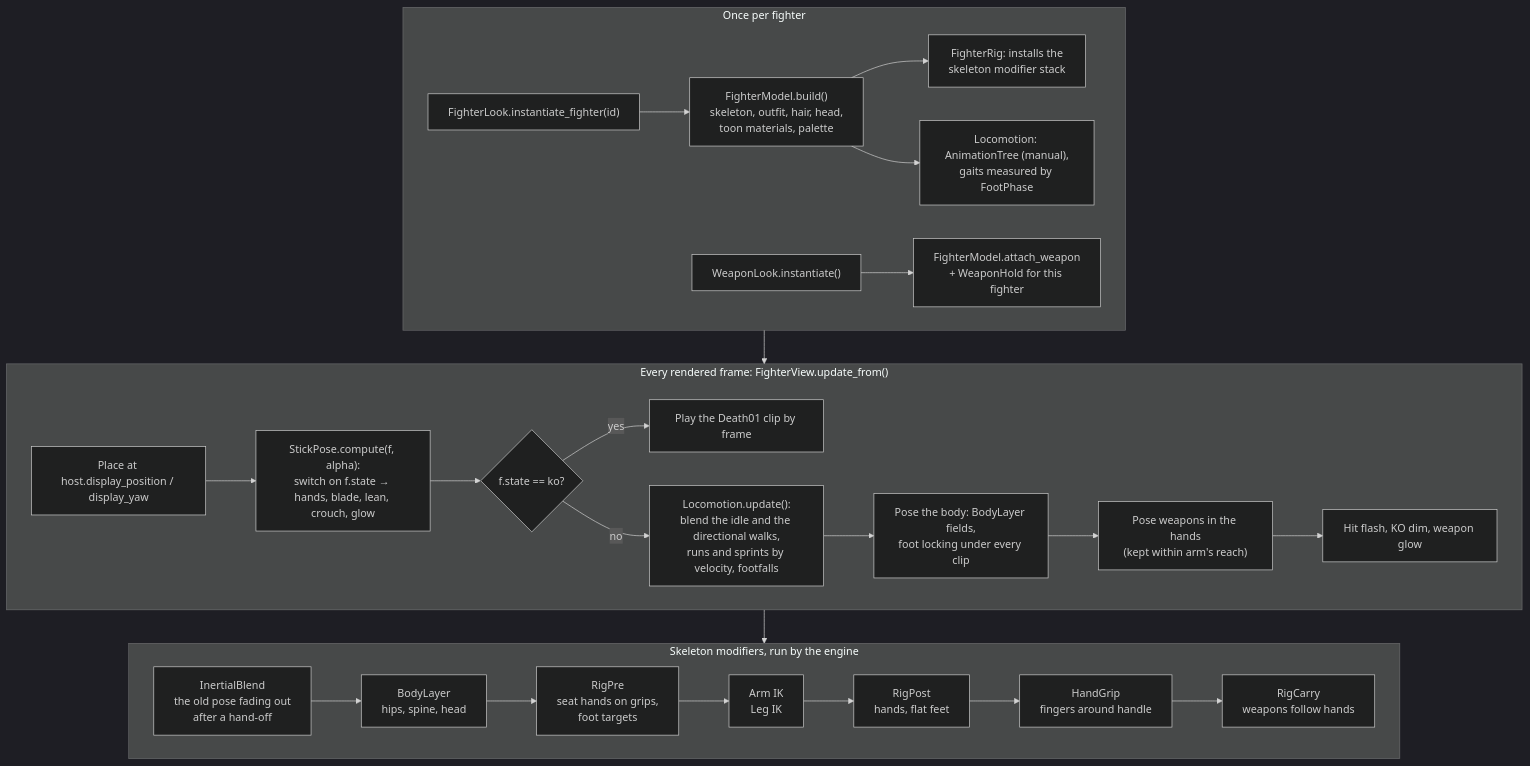
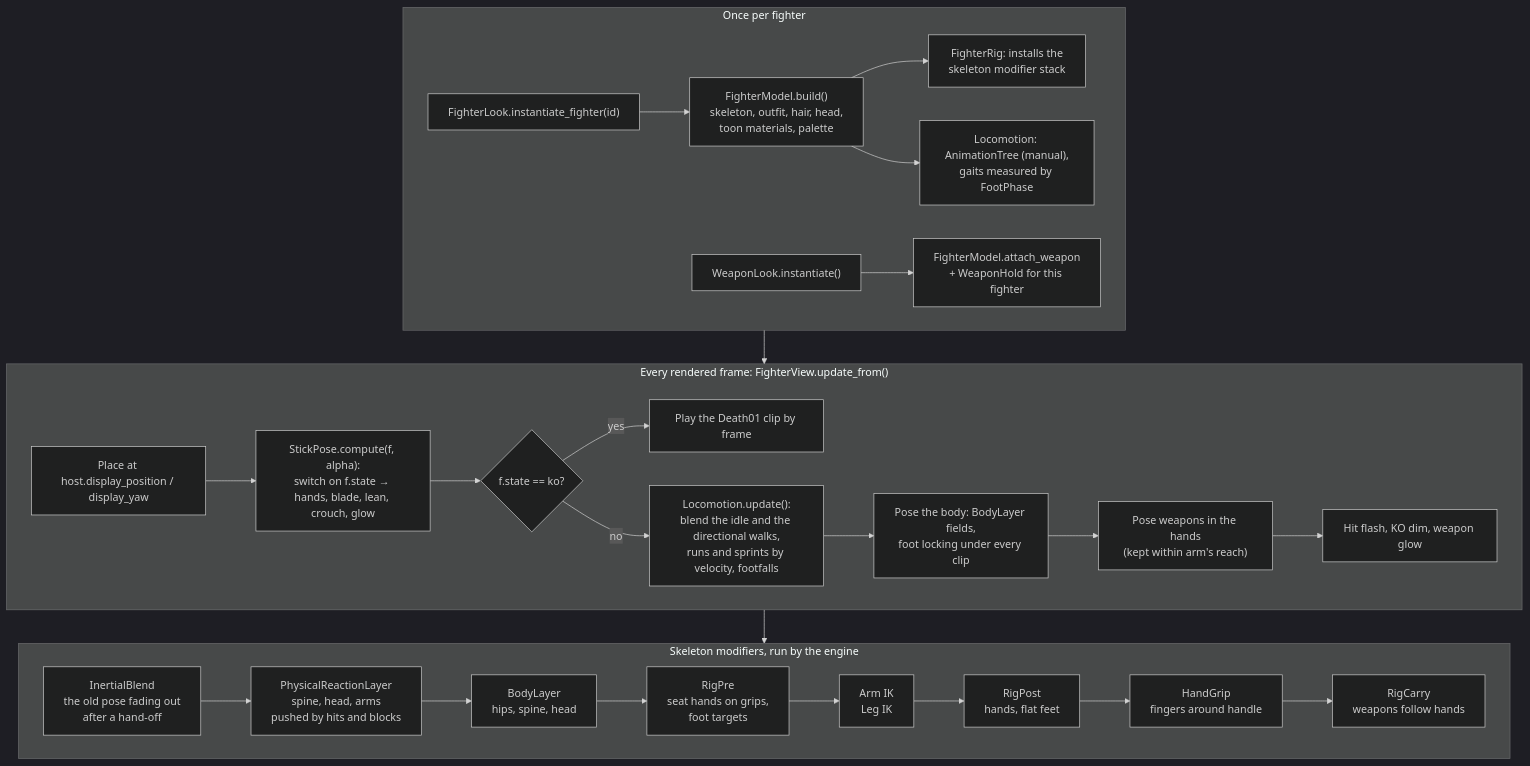
One commit to Arod231/monomachia changed diagram 13 of 22 in docs/architecture.md. Above: the diagram before and after it, drawn with Mermaid (dark theme). The commit also changed other lines of this file and 17 other files, not shown here.

First line of the commit message:
Add the physical reaction layer (milestone-1 task 70)

````diff
--- a/docs/architecture.md
+++ b/docs/architecture.md
@@ -696,32 +696,33 @@
 ```mermaid
 flowchart TD
     subgraph BUILD["Once per fighter"]
         FL["FighterLook.instantiate_fighter(id)"] --> FM["FighterModel.build()<br/>skeleton, outfit, hair, head,<br/>toon materials, palette"]
         FM --> RIG["FighterRig: installs the<br/>skeleton modifier stack"]
         FM --> LOCO["Locomotion: AnimationTree (manual),<br/>gaits measured by FootPhase"]
         WL["WeaponLook.instantiate()"] --> HOLD["FighterModel.attach_weapon<br/>+ WeaponHold for this fighter"]
     end
 
     subgraph FRAME["Every rendered frame: FighterView.update_from()"]
         POS["Place at host.display_position / display_yaw"] --> SP["StickPose.compute(f, alpha):<br/>switch on f.state → hands, blade, lean, crouch, glow"]
         SP --> KO{"f.state == ko?"}
         KO -- yes --> FALL["Play the Death01 clip by frame"]
         KO -- no --> LU["Locomotion.update():<br/>blend the idle and the directional walks,<br/>runs and sprints by velocity, footfalls"]
         LU --> PB["Pose the body: BodyLayer fields,<br/>foot locking under every clip"]
         PB --> PW["Pose weapons in the hands<br/>(kept within arm's reach)"]
         PW --> OV["Hit flash, KO dim, weapon glow"]
     end
 
     subgraph STACK["Skeleton modifiers, run by the engine"]
         direction LR
-        M0["InertialBlend<br/>the old pose fading out<br/>after a hand-off"] --> M1["BodyLayer<br/>hips, spine, head"]
+        M0["InertialBlend<br/>the old pose fading out<br/>after a hand-off"] --> MR["PhysicalReactionLayer<br/>spine, head, arms<br/>pushed by hits and blocks"]
+        MR --> M1["BodyLayer<br/>hips, spine, head"]
         M1 --> M2["RigPre<br/>seat hands on grips,<br/>foot targets"]
         M2 --> M3["Arm IK<br/>Leg IK"]
         M3 --> M4["RigPost<br/>hands, flat feet"]
         M4 --> M5["HandGrip<br/>fingers around handle"]
         M5 --> M6["RigCarry<br/>weapons follow hands"]
     end
 
     BUILD --> FRAME
     FRAME --> STACK
 ```
````
